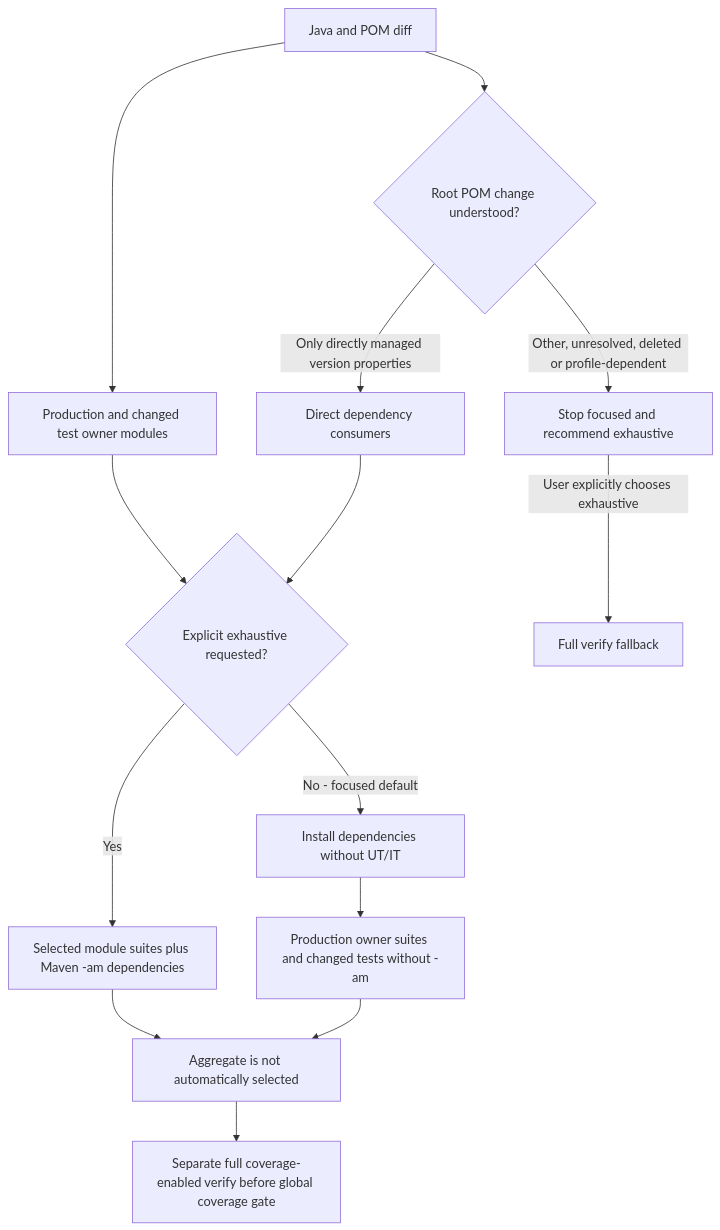
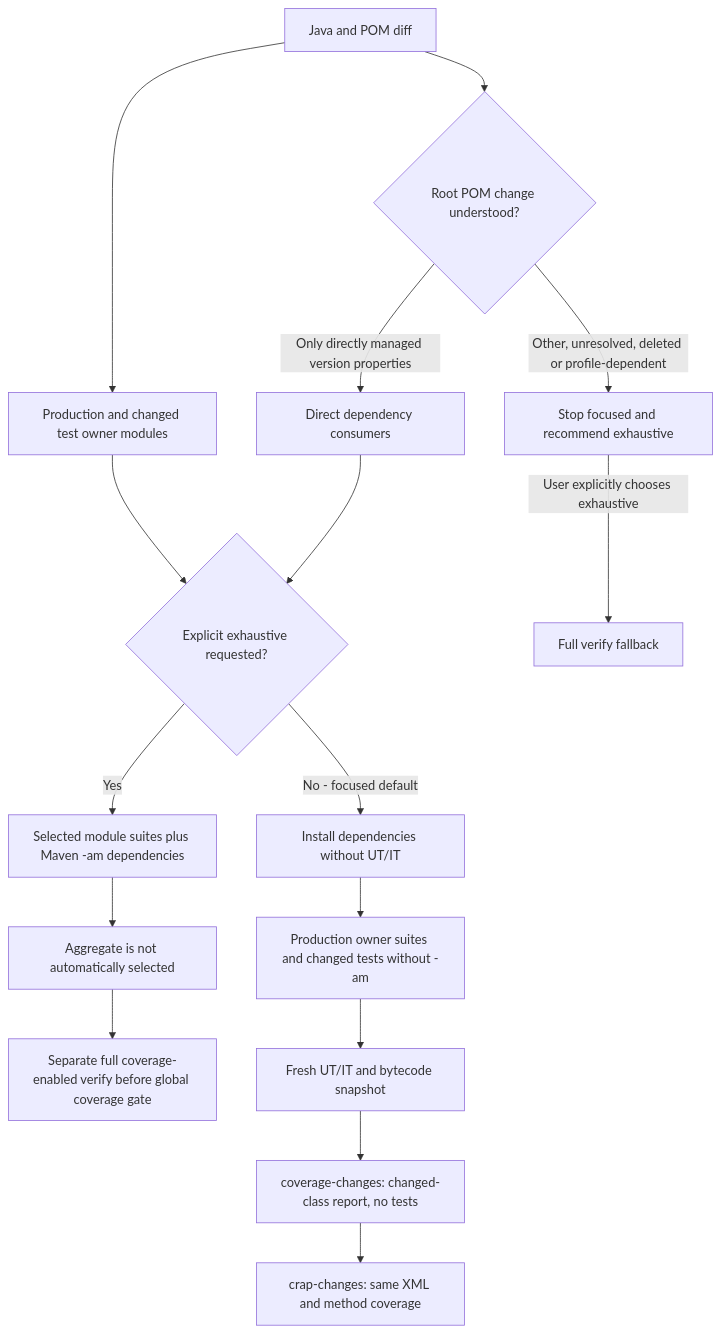
The fourth of 4 diagrams in docs/workflow-guidance.md (antonillos/makevn), drawn with Mermaid before and after one commit. The commit also changed other lines of this file and 12 other files, not shown here.

Commit message:
feat: coordinate focused verification coverage and CRAP evidence

````diff
--- a/docs/workflow-guidance.md
+++ b/docs/workflow-guidance.md
@@ -130,16 +130,18 @@
 ```mermaid
 flowchart TD
   Diff[Java and POM diff] --> Owners[Production and changed test owner modules]
   Diff --> POM{Root POM change understood?}
   POM -->|Only directly managed version properties| Consumers[Direct dependency consumers]
   POM -->|Other, unresolved, deleted or profile-dependent| Stop[Stop focused and recommend exhaustive]
   Stop -->|User explicitly chooses exhaustive| Full[Full verify fallback]
   Owners --> Mode{Explicit exhaustive requested?}
   Mode -->|Yes| Verify[Selected module suites plus Maven -am dependencies]
   Mode -->|No - focused default| Prepare[Install dependencies without UT/IT]
   Prepare --> Focus[Production owner suites and changed tests without -am]
-  Focus --> Separate
+  Focus --> Snapshot[Fresh UT/IT and bytecode snapshot]
+  Snapshot --> ScopedReport[coverage-changes: changed-class report, no tests]
+  ScopedReport --> ScopedCRAP[crap-changes: same XML and method coverage]
   Consumers --> Mode
   Verify --> Separate[Aggregate is not automatically selected]
   Separate --> Gate[Separate full coverage-enabled verify before global coverage gate]
 ```
````
